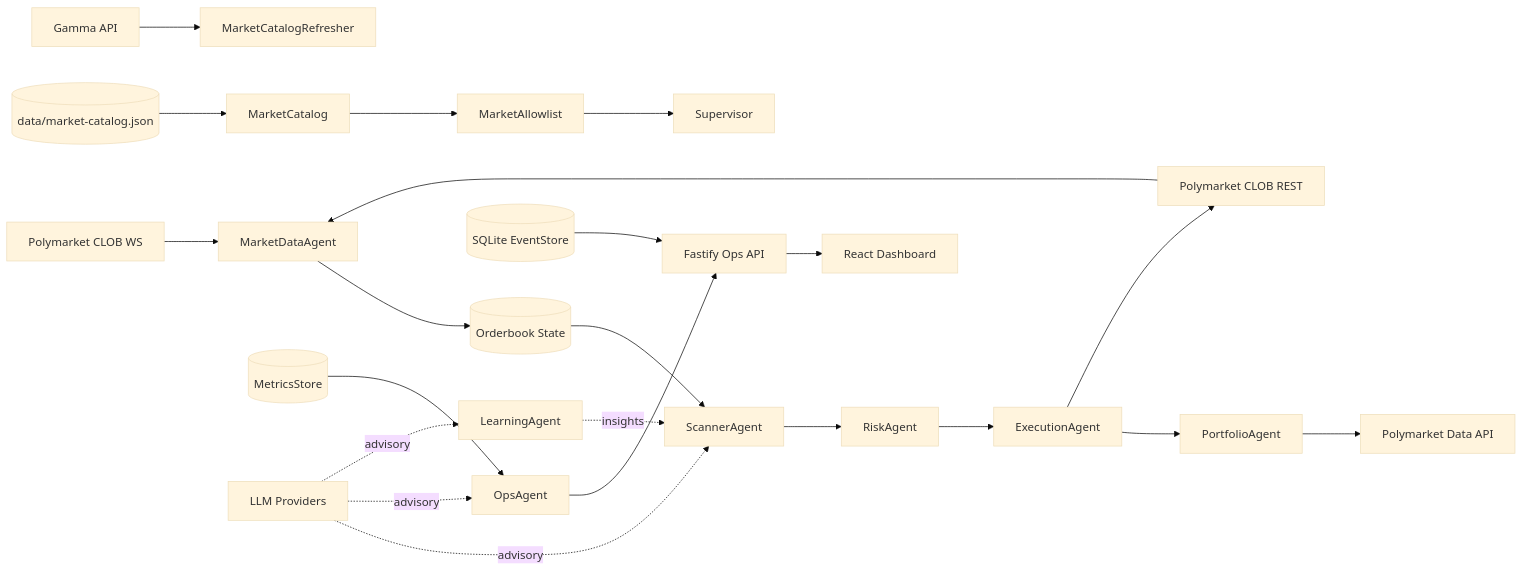
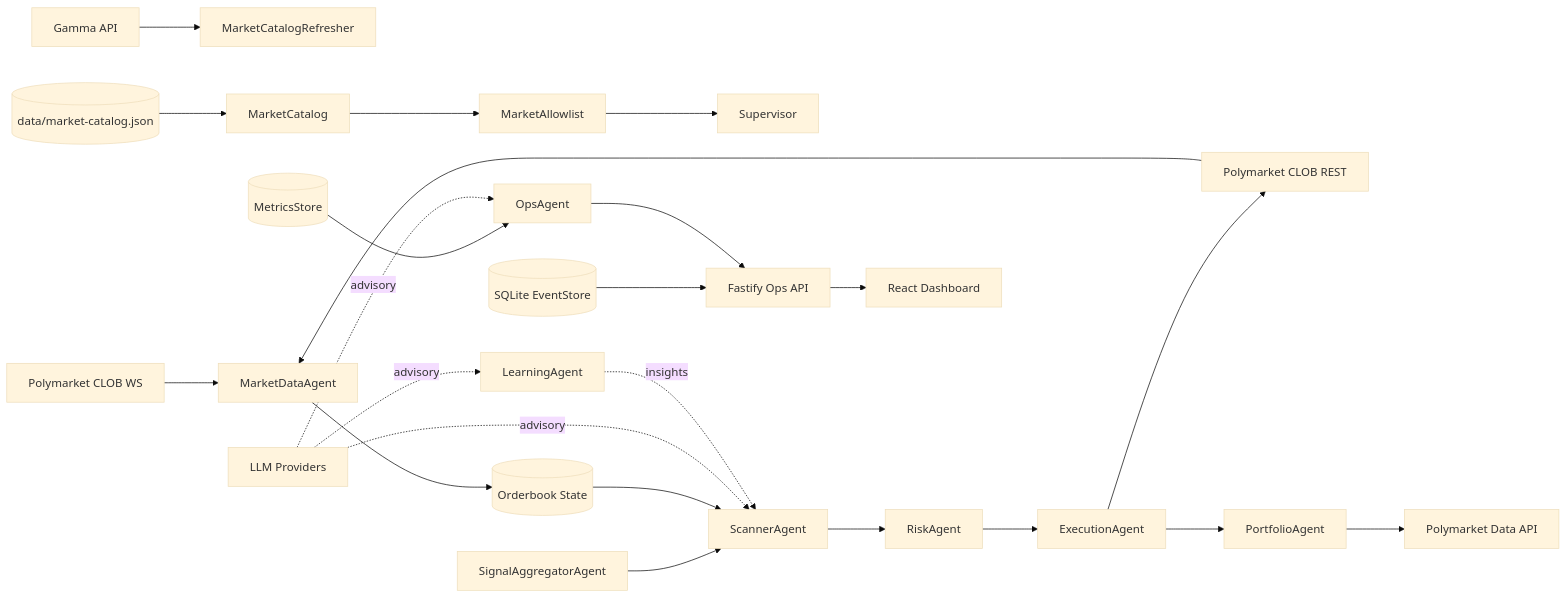
Before and after one commit to freshtechbro/openpolytrader: the first of 2 diagrams in docs/ARCHITECTURE.md, drawn with Mermaid (base theme). The commit also changed other lines of this file and 6 other files, not shown here.

````diff
--- a/docs/ARCHITECTURE.md
+++ b/docs/ARCHITECTURE.md
@@ -41,24 +41,25 @@
 ```mermaid
 flowchart LR
   Gamma[Gamma API] --> CatalogRefresher[MarketCatalogRefresher]
   CatalogFile[(data/market-catalog.json)] --> Catalog[MarketCatalog]
   Catalog --> Allowlist[MarketAllowlist]
   Allowlist --> Supervisor
 
   PolymarketWS[Polymarket CLOB WS] --> MarketDataAgent
   PolymarketREST[Polymarket CLOB REST] --> MarketDataAgent
   MarketDataAgent --> Orderbooks[(Orderbook State)]
 
+  SignalAggregatorAgent --> ScannerAgent
   Orderbooks --> ScannerAgent --> RiskAgent --> ExecutionAgent --> PortfolioAgent
   ExecutionAgent --> PolymarketREST
   PortfolioAgent --> DataApi[Polymarket Data API]
 
   EventStore[(SQLite EventStore)] --> OpsApi[Fastify Ops API]
   MetricsStore[(MetricsStore)] --> OpsAgent --> OpsApi
   OpsApi --> Dashboard[React Dashboard]
 
   LLMs[LLM Providers] -. advisory .-> ScannerAgent
   LLMs -. advisory .-> OpsAgent
   LLMs -. advisory .-> LearningAgent
   LearningAgent -. insights .-> ScannerAgent
 ```
````
